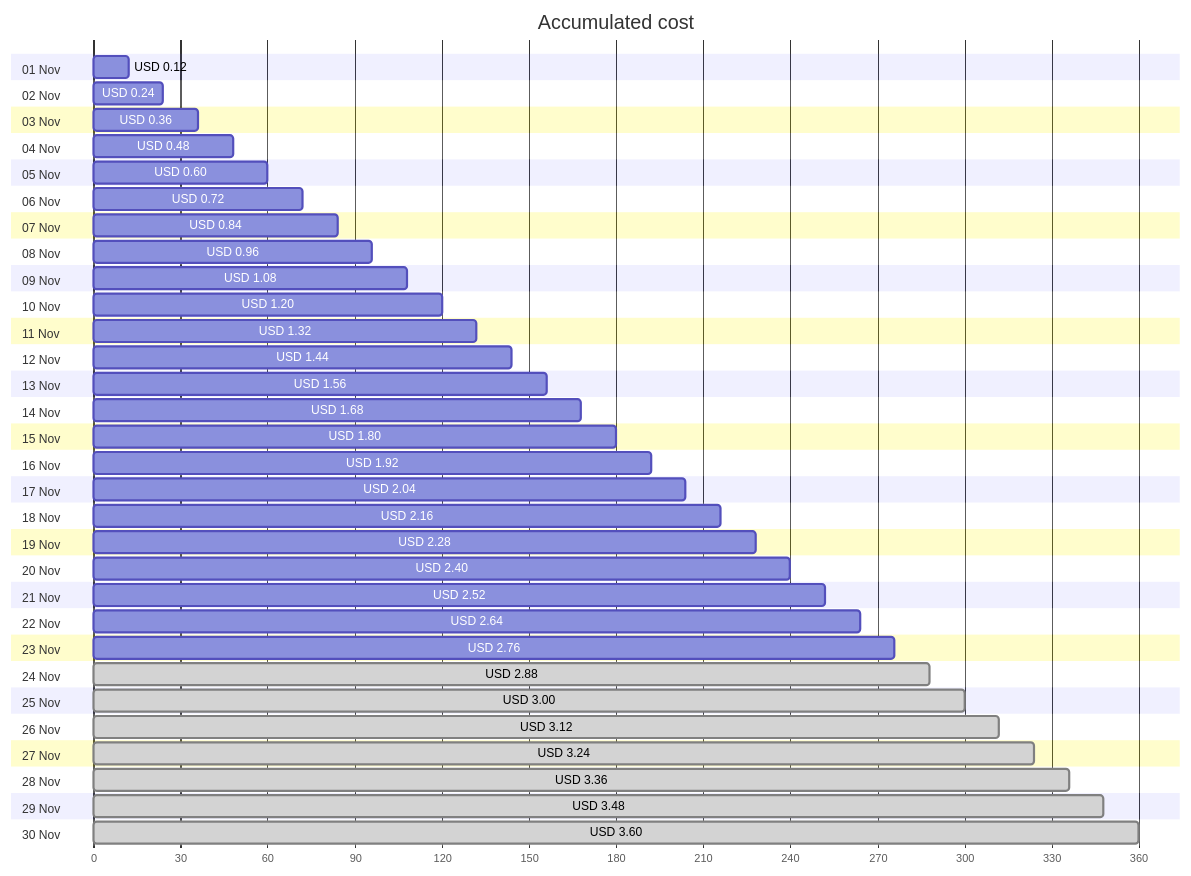
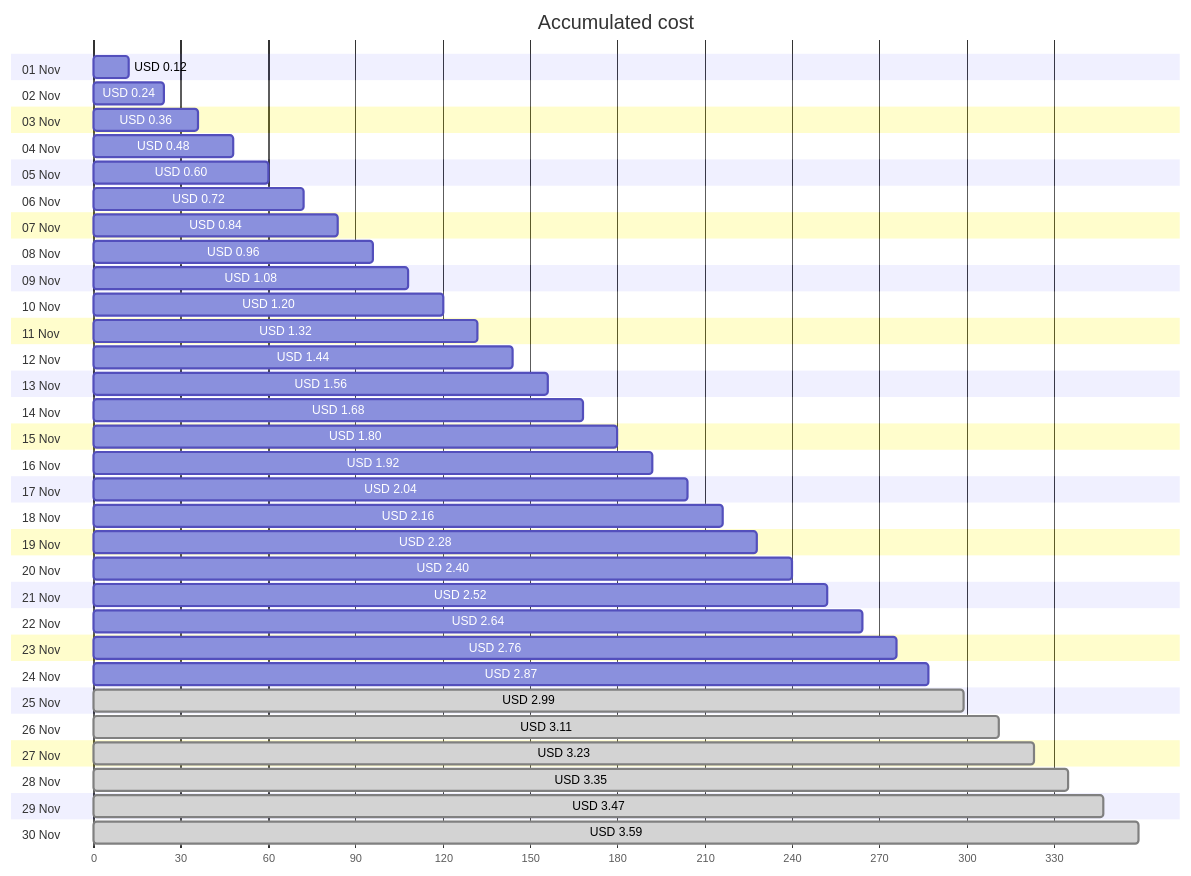
One commit to jpfulton/azure-personal-reports changed the first of 4 diagrams in cost-reports/personal-network/backup-server-public-ip.md. Above: the diagram before and after it, drawn with Mermaid. The commit also changed other lines of this file and 8 other files, not shown here.

````diff
--- a/cost-reports/personal-network/backup-server-public-ip.md
+++ b/cost-reports/personal-network/backup-server-public-ip.md
@@ -20,66 +20,66 @@
 ```mermaid
 gantt
    title Accumulated cost
    dateFormat  X
    axisFormat %s
    section 01 Nov
    USD 0.12 :0, 12
    section 02 Nov
    USD 0.24 :0, 24
    section 03 Nov
    USD 0.36 :0, 36
    section 04 Nov
    USD 0.48 :0, 48
    section 05 Nov
    USD 0.60 :0, 60
    section 06 Nov
    USD 0.72 :0, 72
    section 07 Nov
    USD 0.84 :0, 84
    section 08 Nov
    USD 0.96 :0, 96
    section 09 Nov
    USD 1.08 :0, 108
    section 10 Nov
    USD 1.20 :0, 120
    section 11 Nov
    USD 1.32 :0, 132
    section 12 Nov
    USD 1.44 :0, 144
    section 13 Nov
    USD 1.56 :0, 156
    section 14 Nov
    USD 1.68 :0, 168
    section 15 Nov
    USD 1.80 :0, 180
    section 16 Nov
    USD 1.92 :0, 192
    section 17 Nov
    USD 2.04 :0, 204
    section 18 Nov
    USD 2.16 :0, 216
    section 19 Nov
    USD 2.28 :0, 228
    section 20 Nov
    USD 2.40 :0, 240
    section 21 Nov
    USD 2.52 :0, 252
    section 22 Nov
    USD 2.64 :0, 264
    section 23 Nov
    USD 2.76 :0, 276
    section 24 Nov
-   USD 2.88 : done, 0, 288
+   USD 2.87 :0, 287
    section 25 Nov
-   USD 3.00 : done, 0, 300
+   USD 2.99 : done, 0, 299
    section 26 Nov
-   USD 3.12 : done, 0, 312
+   USD 3.11 : done, 0, 311
    section 27 Nov
-   USD 3.24 : done, 0, 324
+   USD 3.23 : done, 0, 323
    section 28 Nov
-   USD 3.36 : done, 0, 336
+   USD 3.35 : done, 0, 335
    section 29 Nov
-   USD 3.48 : done, 0, 348
+   USD 3.47 : done, 0, 347
    section 30 Nov
-   USD 3.60 : done, 0, 360
+   USD 3.59 : done, 0, 359
 ```
````
